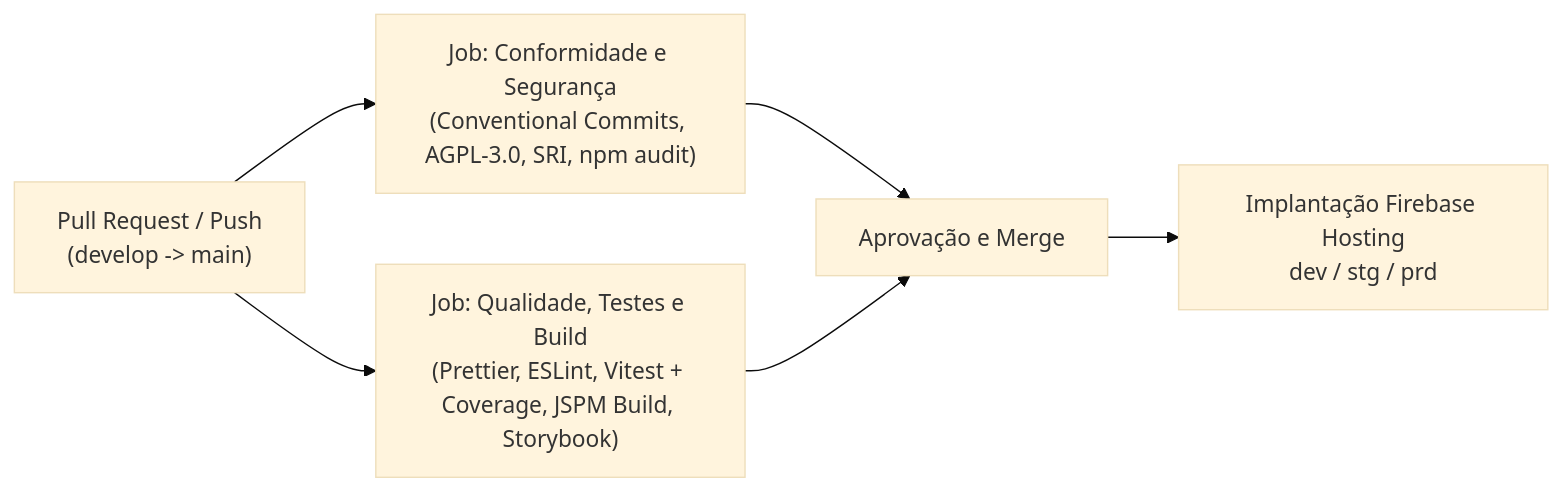
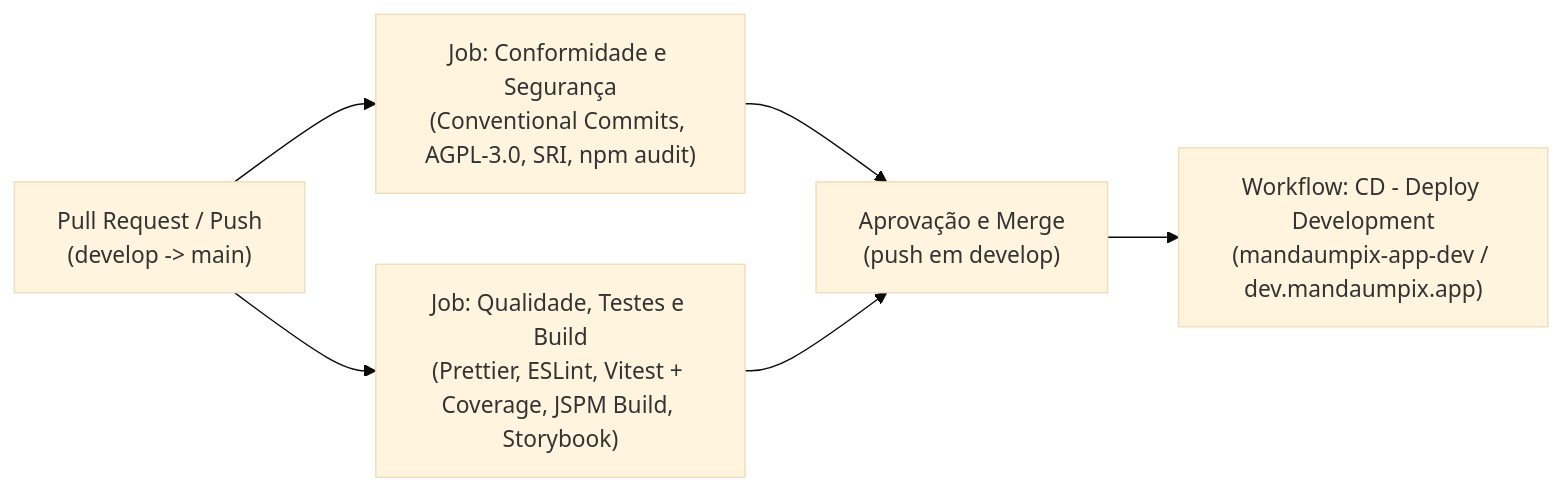
Before and after one commit to luizcanet/mandaumpix.app: the diagram in docs/deployment/pipeline.md, drawn with Mermaid (base theme). The commit also changed other lines of this file and 5 other files, not shown here.

Commit message:
feat: add continuous delivery workflow and firebase configuration for development environment

````diff
--- a/docs/deployment/pipeline.md
+++ b/docs/deployment/pipeline.md
@@ -13,8 +13,8 @@
 ```mermaid
 flowchart LR
     PR["Pull Request / Push<br/>(develop -> main)"] --> Comp["Job: Conformidade e Segurança<br/>(Conventional Commits, AGPL-3.0, SRI, npm audit)"]
     PR --> Qual["Job: Qualidade, Testes e Build<br/>(Prettier, ESLint, Vitest + Coverage, JSPM Build, Storybook)"]
-    Comp --> Merge["Aprovação e Merge"]
+    Comp --> Merge["Aprovação e Merge<br/>(push em develop)"]
     Qual --> Merge
-    Merge --> Deploy["Implantação Firebase Hosting<br/>dev / stg / prd"]
+    Merge --> DeployDev["Workflow: CD - Deploy Development<br/>(mandaumpix-app-dev / dev.mandaumpix.app)"]
 ```
````
